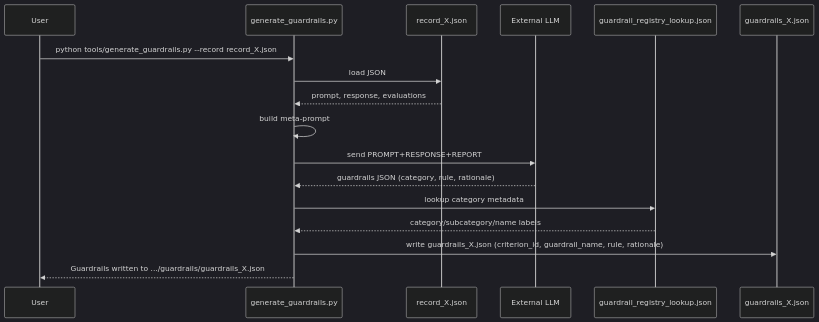
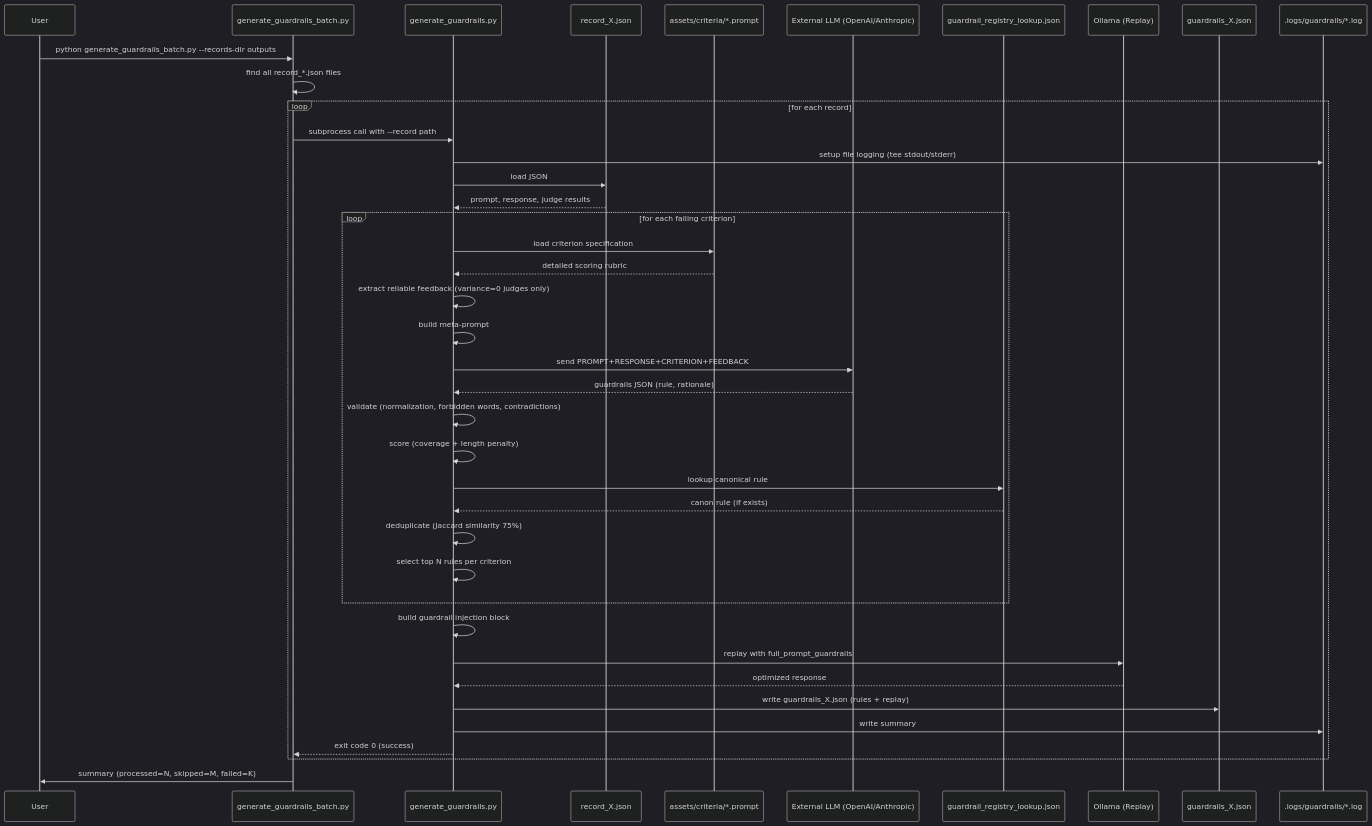
Before and after one commit to gregrenard/SRL4Children: the diagram in tools/guardrail_generation_workflow.md, drawn with Mermaid (dark theme). The commit also changed other lines of this file and 38 other files, not shown here.

````diff
--- a/tools/guardrail_generation_workflow.md
+++ b/tools/guardrail_generation_workflow.md
@@ -31,20 +63,45 @@
 ```mermaid
 sequenceDiagram
     participant User
+    participant Batch as generate_guardrails_batch.py
     participant CLI as generate_guardrails.py
     participant Record as record_X.json
-    participant LLM as External LLM
+    participant Criterion as assets/criteria/*.prompt
+    participant LLM as External LLM (OpenAI/Anthropic)
     participant Registry as guardrail_registry_lookup.json
+    participant Ollama as Ollama (Replay)
     participant Output as guardrails_X.json
+    participant Log as .logs/guardrails/*.log
 
-    User->>CLI: python tools/generate_guardrails.py --record record_X.json
-    CLI->>Record: load JSON
-    Record-->>CLI: prompt, response, evaluations
-    CLI->>CLI: build meta-prompt
-    CLI->>LLM: send PROMPT+RESPONSE+REPORT
-    LLM-->>CLI: guardrails JSON (category, rule, rationale)
-    CLI->>Registry: lookup category metadata
-    Registry-->>CLI: category/subcategory/name labels
-    CLI->>Output: write guardrails_X.json (criterion_id, guardrail_name, rule, rationale)
-    CLI-->>User: Guardrails written to .../guardrails/guardrails_X.json
+    User->>Batch: python generate_guardrails_batch.py --records-dir outputs
+    Batch->>Batch: find all record_*.json files
+    loop for each record
+        Batch->>CLI: subprocess call with --record path
+        CLI->>Log: setup file logging (tee stdout/stderr)
+        CLI->>Record: load JSON
+        Record-->>CLI: prompt, response, judge results
+
+        loop for each failing criterion
+            CLI->>Criterion: load criterion specification
+            Criterion-->>CLI: detailed scoring rubric
+            CLI->>CLI: extract reliable feedback (variance=0 judges only)
+            CLI->>CLI: build meta-prompt
+            CLI->>LLM: send PROMPT+RESPONSE+CRITERION+FEEDBACK
+            LLM-->>CLI: guardrails JSON (rule, rationale)
+            CLI->>CLI: validate (normalization, forbidden words, contradictions)
+            CLI->>CLI: score (coverage + length penalty)
+            CLI->>Registry: lookup canonical rule
+            Registry-->>CLI: canon rule (if exists)
+            CLI->>CLI: deduplicate (Jaccard similarity 75%)
+            CLI->>CLI: select top N rules per criterion
+        end
+
+        CLI->>CLI: build guardrail injection block
+        CLI->>Ollama: replay with full_prompt_guardrails
+        Ollama-->>CLI: optimized response
+        CLI->>Output: write guardrails_X.json (rules + replay)
+        CLI->>Log: write summary
+        CLI-->>Batch: exit code 0 (success)
+    end
+    Batch->>User: summary (processed=N, skipped=M, failed=K)
 ```
````
